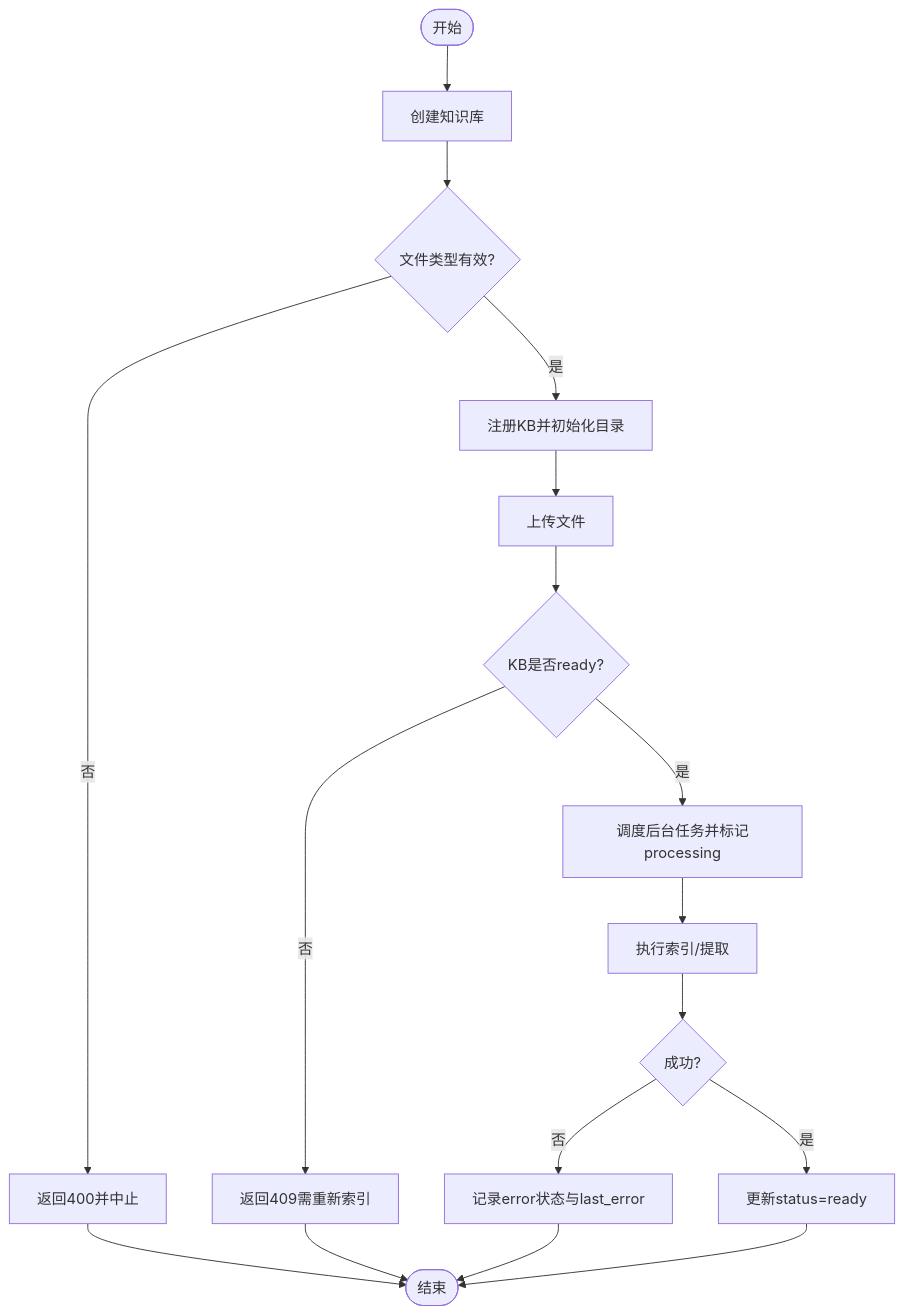
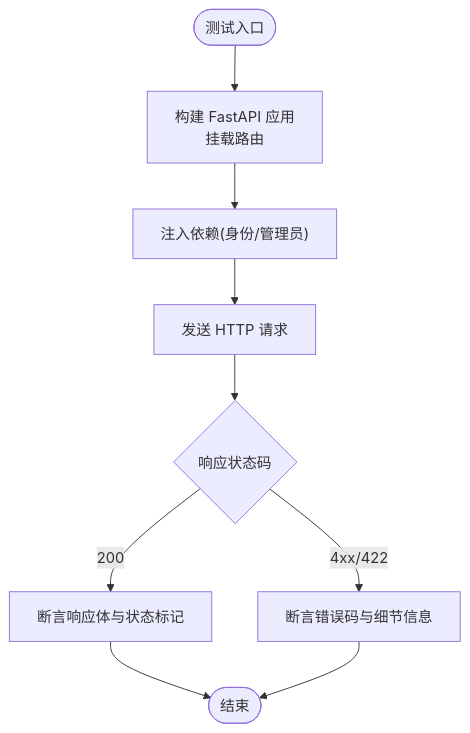
Before and after one commit to gongzili456/DeepTutor: the third of 9 diagrams in .qoder/repowiki/zh/content/测试策略/集成测试.md, drawn with Mermaid. The commit also changed other lines of this file and 1242 other files, not shown here.

````diff
--- a/.qoder/repowiki/zh/content/测试策略/集成测试.md
+++ b/.qoder/repowiki/zh/content/测试策略/集成测试.md
@@ -122,19 +155,11 @@
 ```mermaid
 flowchart TD
-Start(["开始"]) --> CreateKB["创建知识库"]
-CreateKB --> ValidateFiles{"文件类型有效?"}
-ValidateFiles -- 否 --> Err400["返回400并中止"]
-ValidateFiles -- 是 --> RegisterKB["注册KB并初始化目录"]
-RegisterKB --> Upload["上传文件"]
-Upload --> StatusCheck{"KB是否ready?"}
-StatusCheck -- 否 --> Err409["返回409需重新索引"]
-StatusCheck -- 是 --> DispatchTask["调度后台任务并标记processing"]
-DispatchTask --> TaskRun["执行索引/提取"]
-TaskRun --> Result{"成功?"}
-Result -- 否 --> MarkError["记录error状态与last_error"]
-Result -- 是 --> MarkReady["更新status=ready"]
-MarkReady --> End(["结束"])
-MarkError --> End
-Err400 --> End
-Err409 --> End
+Start(["测试入口"]) --> BuildApp["构建 FastAPI 应用<br/>挂载路由"]
+BuildApp --> InjectDeps["注入依赖(身份/管理员)"]
+InjectDeps --> SendReq["发送 HTTP 请求"]
+SendReq --> ValidateResp{"响应状态码"}
+ValidateResp --> |200| CheckBody["断言响应体与状态标记"]
+ValidateResp --> |4xx/422| CheckError["断言错误码与细节信息"]
+CheckBody --> End(["结束"])
+CheckError --> End
 ```
````
